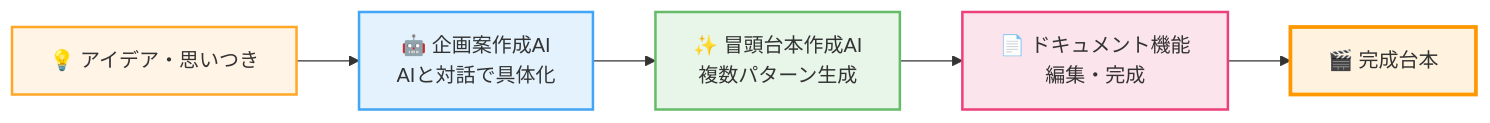
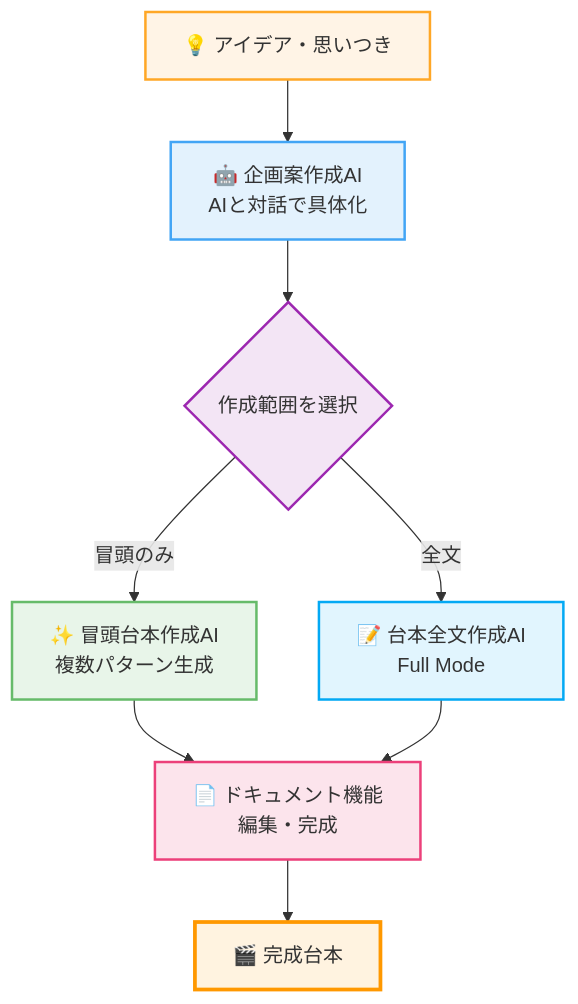
One commit to ele-inc/zero_user_manual changed the diagram in docs/index.md. Above: the diagram before and after it, drawn with Mermaid. The commit also changed other lines of this file, not shown here.

Commit message:
full mode説明追加

````diff
--- a/docs/index.md
+++ b/docs/index.md
@@ -131,12 +132,17 @@
 ```mermaid
-graph LR
+graph TB
     A[💡 アイデア・思いつき] --> B[🤖 企画案作成AI<br/>AIと対話で具体化]
-    B --> C[✨ 冒頭台本作成AI<br/>複数パターン生成]
-    C --> D[📄 ドキュメント機能<br/>編集・完成]
-    D --> E[🎬 完成台本]
+    B --> C{作成範囲を選択}
+    C -->|冒頭のみ| D[✨ 冒頭台本作成AI<br/>複数パターン生成]
+    C -->|全文| E[📝 台本全文作成AI<br/>Full Mode]
+    D --> F[📄 ドキュメント機能<br/>編集・完成]
+    E --> F
+    F --> G[🎬 完成台本]
     style A fill:#fff4e6,stroke:#ffa726,stroke-width:2px
     style B fill:#e3f2fd,stroke:#42a5f5,stroke-width:2px
-    style C fill:#e8f5e9,stroke:#66bb6a,stroke-width:2px
-    style D fill:#fce4ec,stroke:#ec407a,stroke-width:2px
-    style E fill:#fff3e0,stroke:#ff9800,stroke-width:3px
+    style C fill:#f3e5f5,stroke:#9c27b0,stroke-width:2px
+    style D fill:#e8f5e9,stroke:#66bb6a,stroke-width:2px
+    style E fill:#e1f5fe,stroke:#03a9f4,stroke-width:2px
+    style F fill:#fce4ec,stroke:#ec407a,stroke-width:2px
+    style G fill:#fff3e0,stroke:#ff9800,stroke-width:3px
 ```
````
